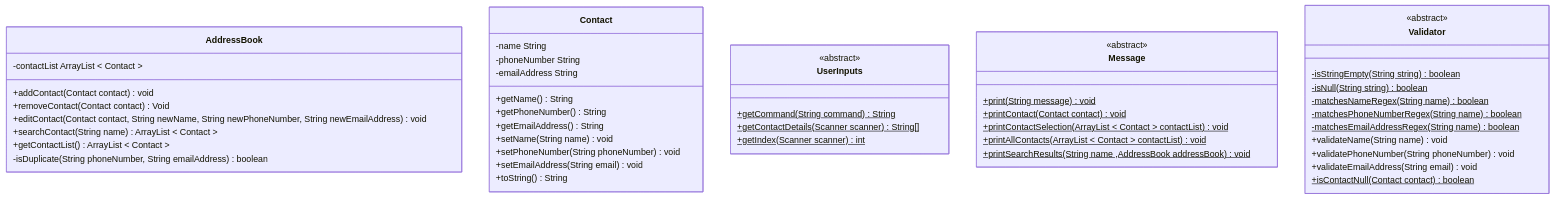
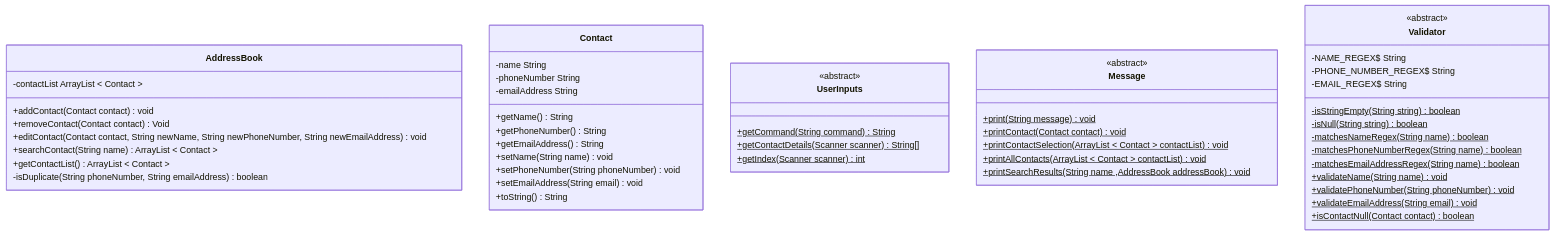
The diagram in docs/domain-models-test-plan.md (fabiodplacerda/Address-book), drawn with Mermaid before and after one commit. The commit also changed 1 other file, not shown here.

Commit message:
REFACTOR: Refactor Validator class for improved consistency and readability

````diff
--- a/docs/domain-models-test-plan.md
+++ b/docs/domain-models-test-plan.md
@@ -104,54 +104,57 @@
 ```mermaid
 classDiagram
     class AddressBook {
         -contactList ArrayList < Contact >
         +addContact(Contact contact) void
         +removeContact(Contact contact) Void
         +editContact(Contact contact, String newName, String newPhoneNumber, String newEmailAddress) void
         +searchContact(String name) ArrayList < Contact >
         +getContactList() ArrayList < Contact >
         -isDuplicate(String phoneNumber, String emailAddress) boolean
     }
 
     class Contact {
         -name String
         -phoneNumber String
         -emailAddress String
         +getName() String
         +getPhoneNumber() String
         +getEmailAddress() String
         +setName(String name) void
         +setPhoneNumber(String phoneNumber) void
         +setEmailAddress(String email) void
         +toString() String
     }
 
     class UserInputs {
         <<abstract>>
         +getCommand(String command)$ String
         +getContactDetails(Scanner scanner)$ String[]
         +getIndex(Scanner scanner)$ int
     }
     class Message {
         <<abstract>>
         +print(String message)$ void
         +printContact(Contact contact)$ void
         +printContactSelection(ArrayList < Contact > contactList)$ void
         +printAllContacts(ArrayList < Contact > contactList)$ void
         +printSearchResults(String name ,AddressBook addressBook)$ void
     }
 
     class Validator {
         <<abstract>>
+        -NAME_REGEX$ String
+        -PHONE_NUMBER_REGEX$ String
+        -EMAIL_REGEX$ String
         -isStringEmpty(String string)$ boolean
         -isNull(String string)$ boolean
         -matchesNameRegex(String name)$ boolean
         -matchesPhoneNumberRegex(String name)$ boolean
         -matchesEmailAddressRegex(String name)$ boolean
-        +validateName(String name) void
-        +validatePhoneNumber(String phoneNumber) void
-        +validateEmailAddress(String email) void
+        +validateName(String name)$ void
+        +validatePhoneNumber(String phoneNumber)$ void
+        +validateEmailAddress(String email)$ void
         +isContactNull(Contact contact)$ boolean
     }
 
 ```
````
